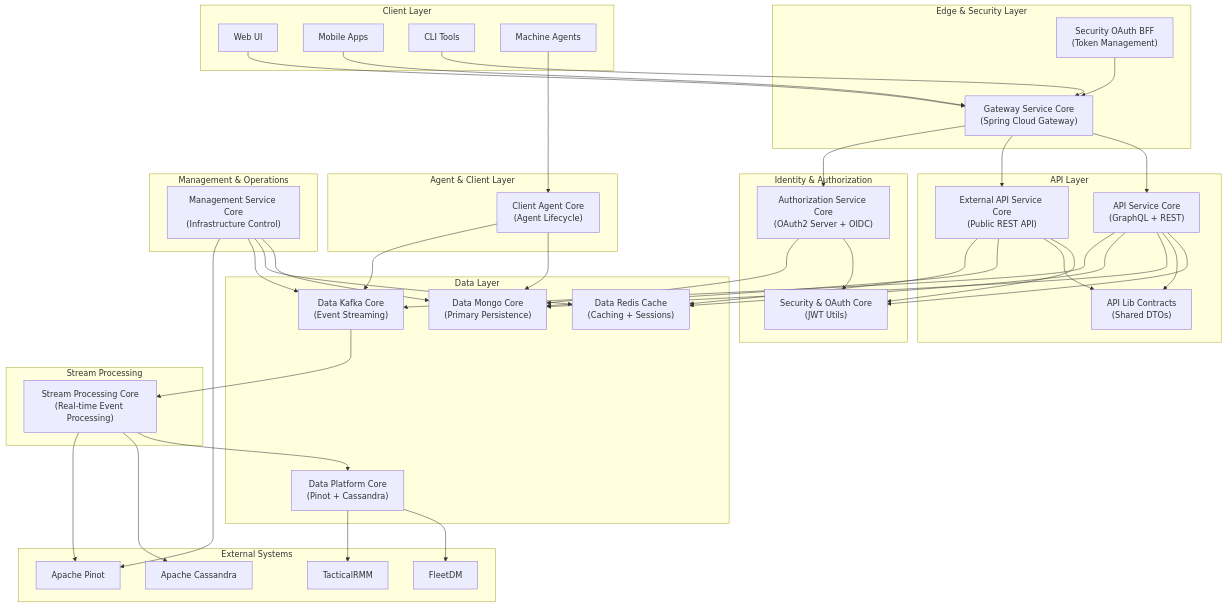
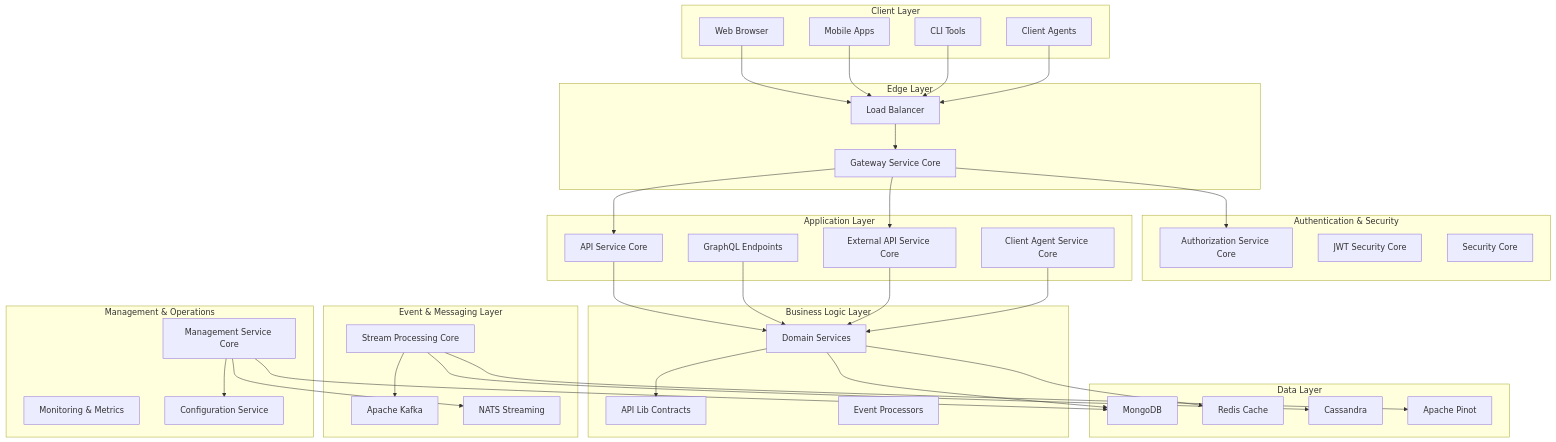
The first of 18 diagrams in docs/development/architecture/README.md (flamingo-stack/openframe-oss-lib), drawn with Mermaid before and after one commit. The commit also changed other lines of this file and 212 other files, not shown here.

````diff
--- a/docs/development/architecture/README.md
+++ b/docs/development/architecture/README.md
@@ -9,100 +7,80 @@
 ```mermaid
 flowchart TD
     subgraph "Client Layer"
-        WebUI["Web UI"]
-        MobileApp["Mobile Apps"]
-        CLI["CLI Tools"]
-        Agents["Machine Agents"]
+        Web[Web Browser]
+        Mobile[Mobile Apps]
+        CLI[CLI Tools]
+        Agents[Client Agents]
+    end
+    
+    subgraph "Edge Layer"
+        Gateway[Gateway Service Core]
+        LoadBalancer[Load Balancer]
+    end
+    
+    subgraph "Authentication & Security"
+        OAuth[Authorization Service Core]
+        JWT[JWT Security Core]
+        Security[Security Core]
+    end
+    
+    subgraph "Application Layer"
+        API[API Service Core]
+        GraphQL[GraphQL Endpoints]
+        External[External API Service Core]
+        Client[Client Agent Service Core]
+    end
+    
+    subgraph "Business Logic Layer"
+        Contracts[API Lib Contracts]
+        Services[Domain Services]
+        Processors[Event Processors]
+    end
+    
+    subgraph "Data Layer"
+        Mongo[MongoDB]
+        Redis[Redis Cache]
+        Cassandra[Cassandra]
+        Pinot[Apache Pinot]
+    end
+    
+    subgraph "Event & Messaging Layer"
+        Kafka[Apache Kafka]
+        NATS[NATS Streaming]
+        Stream[Stream Processing Core]
+    end
+    
+    subgraph "Management & Operations"
+        Management[Management Service Core]
+        Monitoring[Monitoring & Metrics]
+        Config[Configuration Service]
     end
 
-    subgraph "Edge & Security Layer"
-        Gateway["Gateway Service Core<br/>(Spring Cloud Gateway)"]
-        BFF["Security OAuth BFF<br/>(Token Management)"]
-    end
-
-    subgraph "Identity & Authorization"
-        AuthServer["Authorization Service Core<br/>(OAuth2 Server + OIDC)"]
-        SecurityCore["Security & OAuth Core<br/>(JWT Utils)"]
-    end
-
-    subgraph "API Layer"
-        APIService["API Service Core<br/>(GraphQL + REST)"]
-        ExternalAPI["External API Service Core<br/>(Public REST API)"]
-        APIContracts["API Lib Contracts<br/>(Shared DTOs)"]
-    end
-
-    subgraph "Agent & Client Layer"
-        ClientCore["Client Agent Core<br/>(Agent Lifecycle)"]
-    end
-
-    subgraph "Data Layer"
-        MongoDB["Data Mongo Core<br/>(Primary Persistence)"]
-        Redis["Data Redis Cache<br/>(Caching + Sessions)"]
-        Kafka["Data Kafka Core<br/>(Event Streaming)"]
-        DataPlatform["Data Platform Core<br/>(Pinot + Cassandra)"]
-    end
-
-    subgraph "Stream Processing"
-        StreamCore["Stream Processing Core<br/>(Real-time Event Processing)"]
-    end
-
-    subgraph "Management & Operations"
-        Management["Management Service Core<br/>(Infrastructure Control)"]
-    end
-
-    subgraph "External Systems"
-        FleetDM["FleetDM"]
-        TacticalRMM["TacticalRMM"]
-        Cassandra["Apache Cassandra"]
-        Pinot["Apache Pinot"]
-    end
-
-    %% Client connections
-    WebUI --> Gateway
-    MobileApp --> Gateway  
-    CLI --> Gateway
-    Agents --> ClientCore
-
-    %% Edge layer
-    Gateway --> APIService
-    Gateway --> ExternalAPI
-    Gateway --> AuthServer
-    BFF --> Gateway
-
-    %% Identity layer
-    AuthServer --> SecurityCore
-    APIService --> SecurityCore
-    ExternalAPI --> SecurityCore
-
-    %% API layer
-    APIService --> APIContracts
-    ExternalAPI --> APIContracts
+    %% Connections
+    Web --> LoadBalancer
+    Mobile --> LoadBalancer
+    CLI --> LoadBalancer
+    Agents --> LoadBalancer
     
-    %% Data connections
-    APIService --> MongoDB
-    APIService --> Redis
-    APIService --> Kafka
+    LoadBalancer --> Gateway
+    Gateway --> OAuth
+    Gateway --> API
+    Gateway --> External
     
-    ExternalAPI --> MongoDB
-    ExternalAPI --> Redis
+    API --> Services
+    GraphQL --> Services
+    External --> Services
+    Client --> Services
     
-    AuthServer --> MongoDB
-    ClientCore --> MongoDB
-    ClientCore --> Kafka
+    Services --> Contracts
+    Services --> Mongo
+    Services --> Redis
     
-    %% Stream processing
-    Kafka --> StreamCore
-    StreamCore --> DataPlatform
-    StreamCore --> Cassandra
-    StreamCore --> Pinot
+    Stream --> Cassandra
+    Stream --> Pinot
+    Stream --> Kafka
     
-    %% Management
-    Management --> MongoDB
-    Management --> Redis
-    Management --> Kafka
-    Management --> Pinot
-    
-    %% External integrations
-    DataPlatform --> FleetDM
-    DataPlatform --> TacticalRMM
+    Management --> Mongo
+    Management --> NATS
+    Management --> Config
 ```
````
